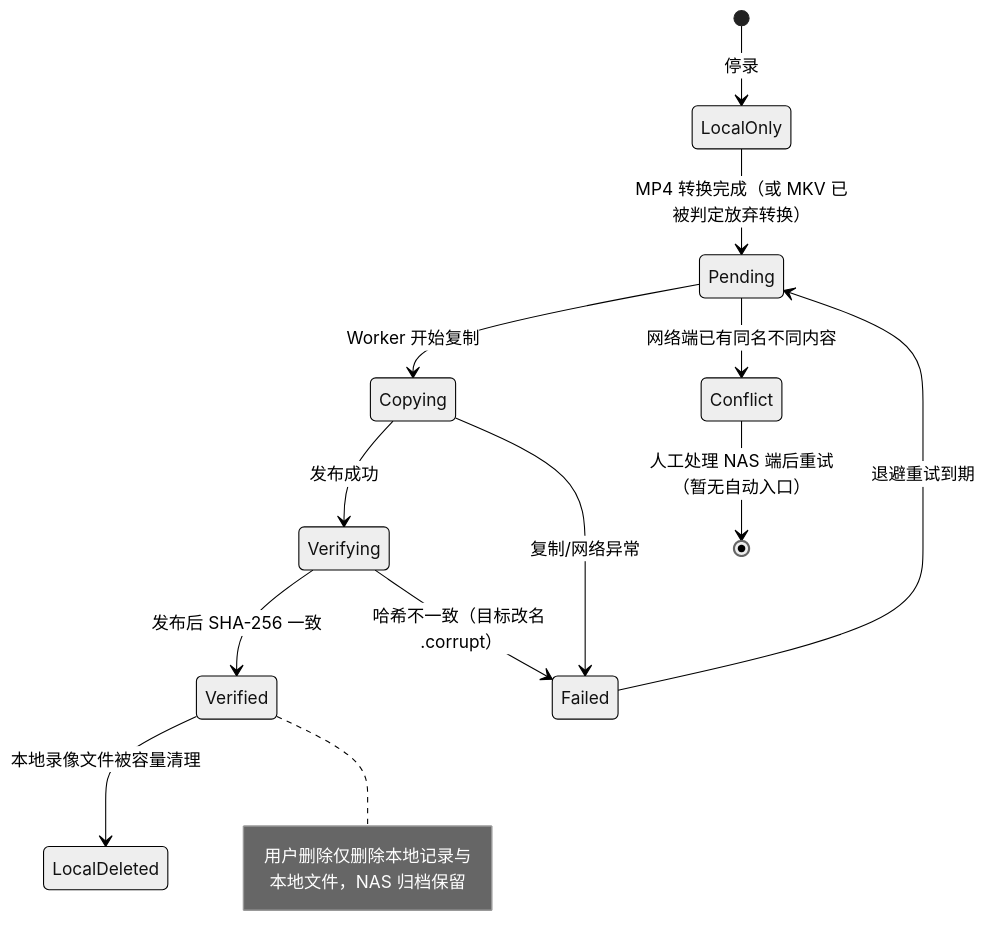
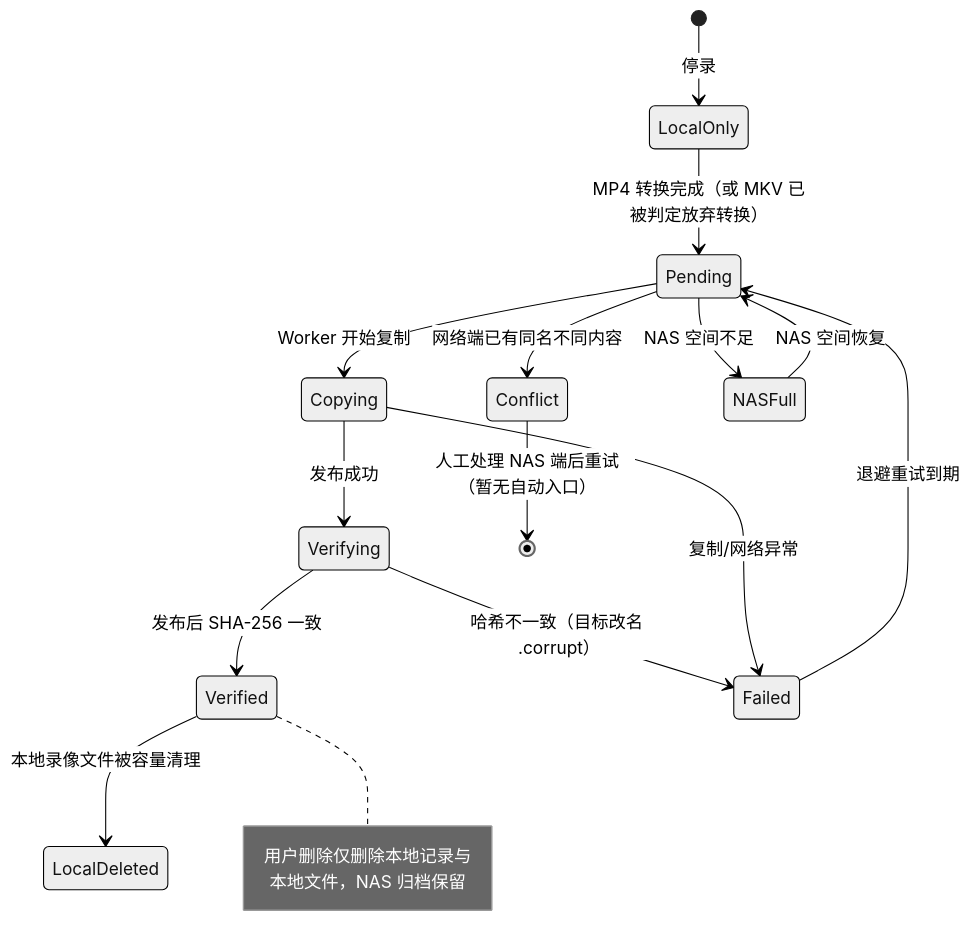
One commit to PackingProof/PackingProof-Desktop changed the second of 4 diagrams in docs/nas-storage-architecture.md. Above: the diagram before and after it, drawn with Mermaid (neutral theme). The commit also changed other lines of this file and 1 other file, not shown here.

First line of the commit message:
docs: 更新 NAS 架构说明与存储页文案

````diff
--- a/docs/nas-storage-architecture.md
+++ b/docs/nas-storage-architecture.md
@@ -28,15 +28,17 @@
 ```mermaid
 stateDiagram-v2
     [*] --> LocalOnly: 停录
     LocalOnly --> Pending: MP4 转换完成（或 MKV 已被判定放弃转换）
     Pending --> Copying: Worker 开始复制
     Copying --> Verifying: 发布成功
     Verifying --> Verified: 发布后 SHA-256 一致
     Verifying --> Failed: 哈希不一致（目标改名 .corrupt）
     Copying --> Failed: 复制/网络异常
     Failed --> Pending: 退避重试到期
     Pending --> Conflict: 网络端已有同名不同内容
+    Pending --> NASFull: NAS 空间不足
+    NASFull --> Pending: NAS 空间恢复
     Conflict --> [*]: 人工处理 NAS 端后重试（暂无自动入口）
     Verified --> LocalDeleted: 本地录像文件被容量清理
     note right of Verified: 用户删除仅删除本地记录与本地文件，NAS 归档保留
 ```
````
